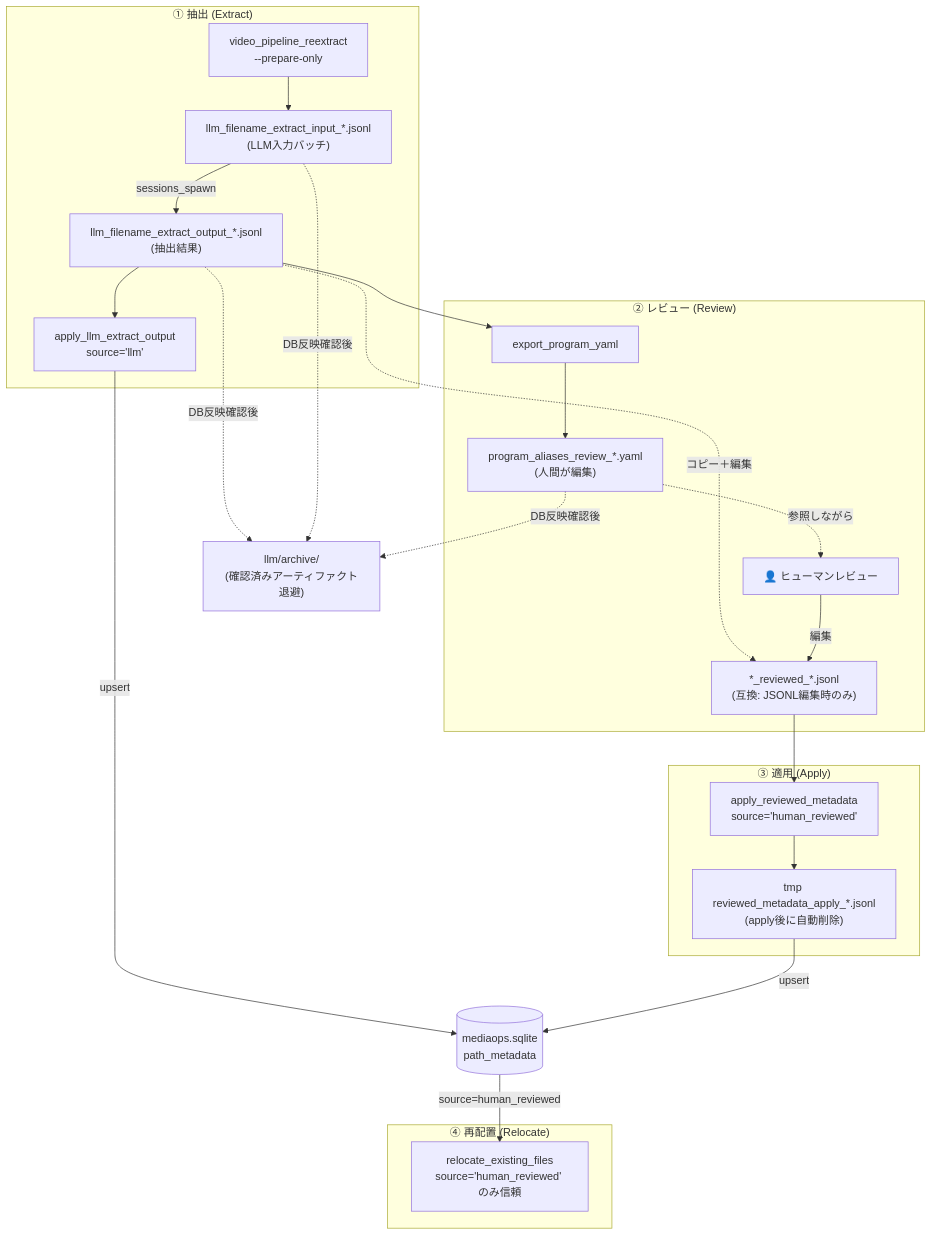
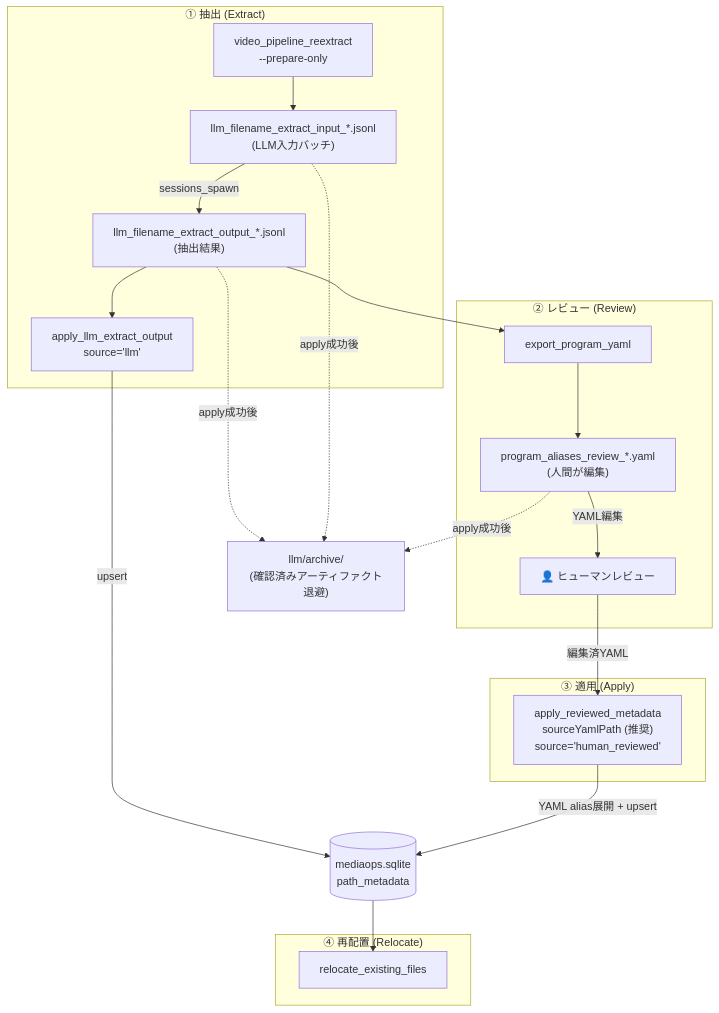
One commit to NEXTAltair/video-library-pipeline changed the seventh of 10 diagrams in README.md. Above: the diagram before and after it, drawn with Mermaid. The commit also changed other lines of this file and 1 other file, not shown here.

Commit message:
extract-review SKILL.md: YAML→DB直接反映を推奨パスに修正
SKILL.md が Issue #42 実装済みの sourceYamlPath パスを禁止していたため、
エージェントが YAML 編集後に reextract を再実行→タイトル再抽出で
needs_review が復活する問題が発生していた。

- YAML→apply_reviewed_metadata(sourceYamlPath) を Path A (推奨) に変更
- JSONL 直接編集を Path B (レガシー/air_date修正用) に降格
- YAML の仕組み (alias展開、needs_review自動クリア) を明記
- README Mermaid 図も YAML→apply の流れに修正

````diff
--- a/README.md
+++ b/README.md
@@ -557,44 +558,41 @@
 ```mermaid
 flowchart TD
     subgraph "① 抽出 (Extract)"
         REEXTRACT["video_pipeline_reextract<br/>--prepare-only"]
         INPUT_JSONL["llm_filename_extract_input_*.jsonl<br/>(LLM入力バッチ)"]
         OUTPUT_JSONL["llm_filename_extract_output_*.jsonl<br/>(抽出結果)"]
         APPLY_LLM["apply_llm_extract_output<br/>source='llm'"]
     end
 
     subgraph "② レビュー (Review)"
         EXPORT_YAML["export_program_yaml"]
         REVIEW_YAML["program_aliases_review_*.yaml<br/>(人間が編集)"]
-        EDITED_JSONL["*_reviewed_*.jsonl<br/>(互換: JSONL編集時のみ)"]
         HUMAN["👤 ヒューマンレビュー"]
     end
 
     subgraph "③ 適用 (Apply)"
-        APPLY_REV["apply_reviewed_metadata<br/>source='human_reviewed'"]
-        STAMPED["tmp reviewed_metadata_apply_*.jsonl<br/>(apply後に自動削除)"]
+        APPLY_REV["apply_reviewed_metadata<br/>sourceYamlPath (推奨)<br/>source='human_reviewed'"]
     end
 
     subgraph "④ 再配置 (Relocate)"
-        RELOCATE["relocate_existing_files<br/>source='human_reviewed' のみ信頼"]
+        RELOCATE["relocate_existing_files"]
     end
 
     DB[("mediaops.sqlite<br/>path_metadata")]
     ARCHIVE["llm/archive/<br/>(確認済みアーティファクト退避)"]
 
     REEXTRACT --> INPUT_JSONL
     INPUT_JSONL -->|sessions_spawn| OUTPUT_JSONL
     OUTPUT_JSONL --> APPLY_LLM -->|upsert| DB
 
     OUTPUT_JSONL --> EXPORT_YAML --> REVIEW_YAML
-    OUTPUT_JSONL -.->|コピー＋編集| EDITED_JSONL
-    REVIEW_YAML -.->|参照しながら| HUMAN
-    HUMAN -->|編集| EDITED_JSONL
+    REVIEW_YAML -->|YAML編集| HUMAN
+    HUMAN -->|編集済YAML| APPLY_REV
 
-    EDITED_JSONL --> APPLY_REV --> STAMPED -->|upsert| DB
-    DB -->|source=human_reviewed| RELOCATE
+    APPLY_REV -->|YAML alias展開 + upsert| DB
+    DB --> RELOCATE
 
-    OUTPUT_JSONL -.->|DB反映確認後| ARCHIVE
-    INPUT_JSONL -.->|DB反映確認後| ARCHIVE
-    REVIEW_YAML -.->|DB反映確認後| ARCHIVE
+    OUTPUT_JSONL -.->|apply成功後| ARCHIVE
+    INPUT_JSONL -.->|apply成功後| ARCHIVE
+    REVIEW_YAML -.->|apply成功後| ARCHIVE
 ```
````
